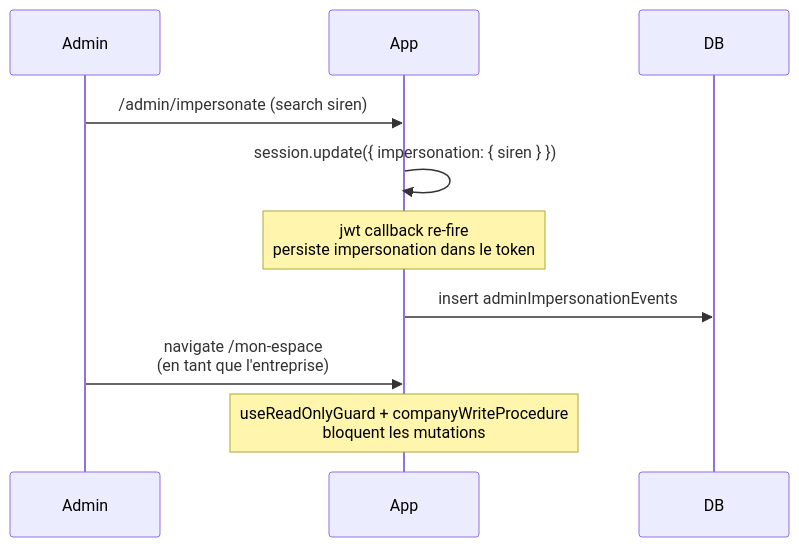
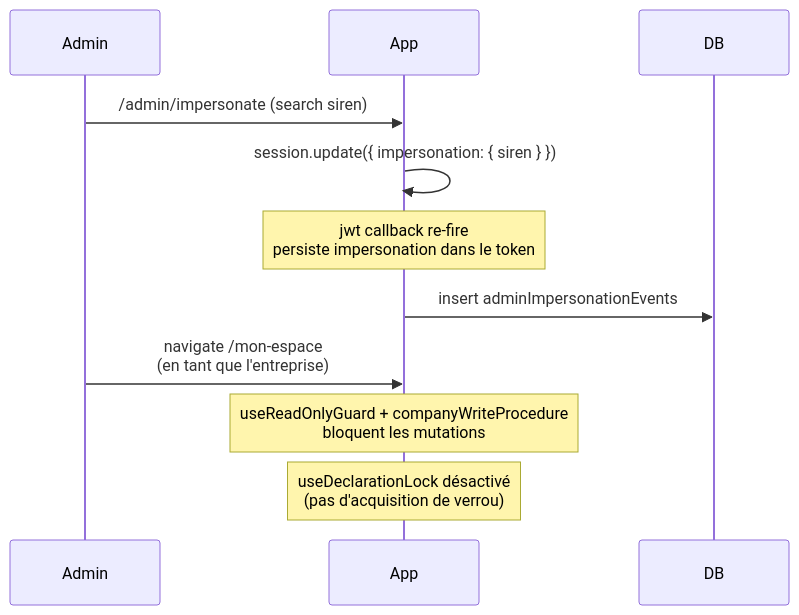
The third of 5 diagrams in docs/architecture.md (SocialGouv/egapro), drawn with Mermaid before and after one commit. The commit also changed other lines of this file and 97 other files, not shown here.

````diff
--- a/docs/architecture.md
+++ b/docs/architecture.md
@@ -262,13 +267,14 @@
 ```mermaid
 sequenceDiagram
     participant Admin
     participant App
     participant DB
 
     Admin->>App: /admin/impersonate (search siren)
     App->>App: session.update({ impersonation: { siren } })
     Note over App: jwt callback re-fire<br/>persiste impersonation dans le token
     App->>DB: insert adminImpersonationEvents
     Admin->>App: navigate /mon-espace<br/>(en tant que l'entreprise)
     Note over App: useReadOnlyGuard + companyWriteProcedure<br/>bloquent les mutations
+    Note over App: useDeclarationLock désactivé<br/>(pas d'acquisition de verrou)
 ```
````
